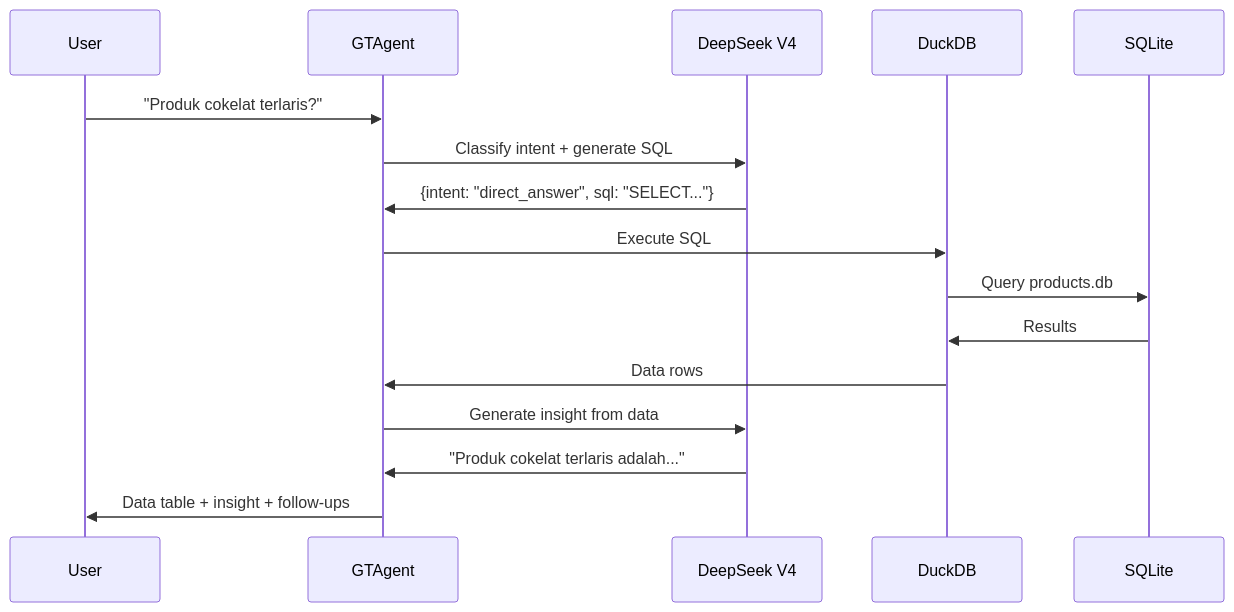
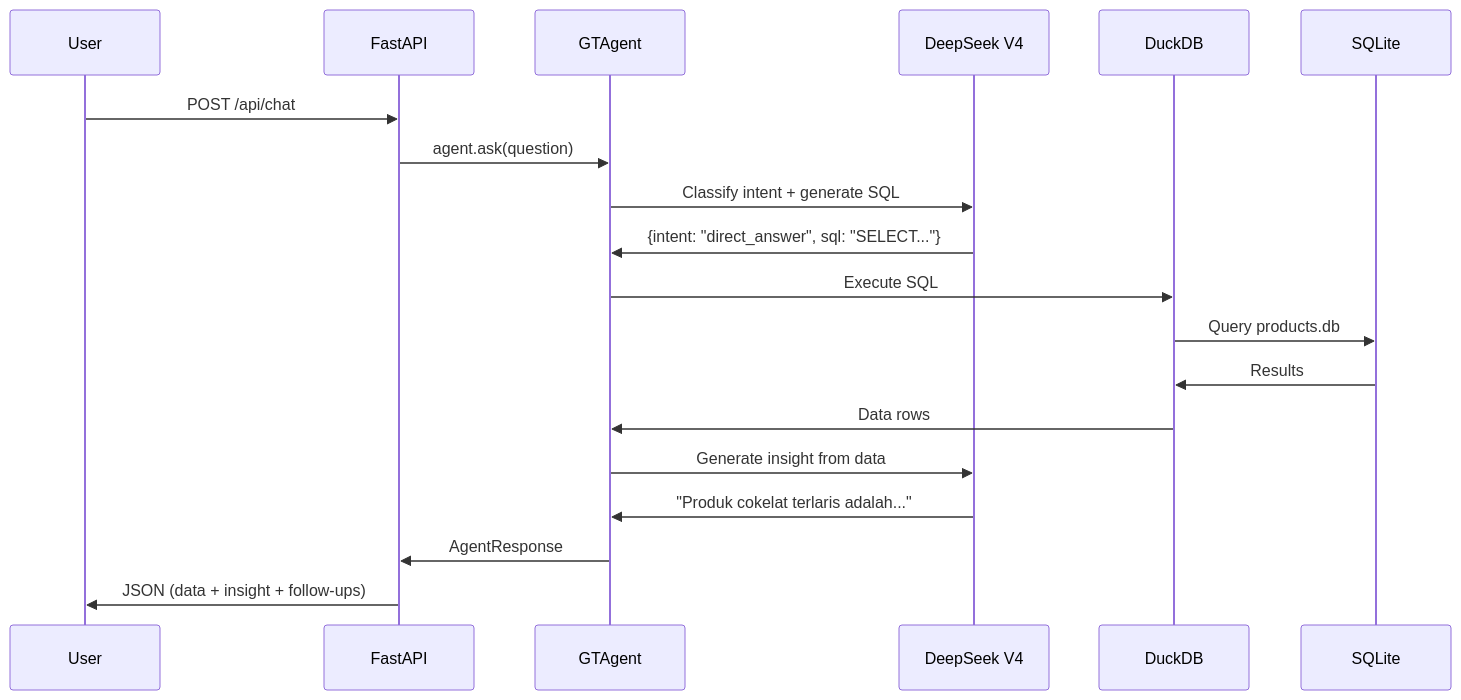
Before and after one commit to zakysyihan/gt-intelligence: the third of 3 diagrams in docs/ARCHITECTURE.md, drawn with Mermaid. The commit also changed other lines of this file and 1 other file, not shown here.

First line of the commit message:
docs: update README and ARCHITECTURE to match actual codebase

````diff
--- a/docs/ARCHITECTURE.md
+++ b/docs/ARCHITECTURE.md
@@ -98,19 +100,22 @@
 ```mermaid
 sequenceDiagram
     participant U as User
+    participant F as FastAPI
     participant A as GTAgent
     participant L as DeepSeek V4
     participant D as DuckDB
     participant S as SQLite
 
-    U->>A: "Produk cokelat terlaris?"
+    U->>F: POST /api/chat
+    F->>A: agent.ask(question)
     A->>L: Classify intent + generate SQL
     L->>A: {intent: "direct_answer", sql: "SELECT..."}
     A->>D: Execute SQL
     D->>S: Query products.db
     S->>D: Results
     D->>A: Data rows
     A->>L: Generate insight from data
     L->>A: "Produk cokelat terlaris adalah..."
-    A->>U: Data table + insight + follow-ups
+    A->>F: AgentResponse
+    F->>U: JSON (data + insight + follow-ups)
 ```
````
